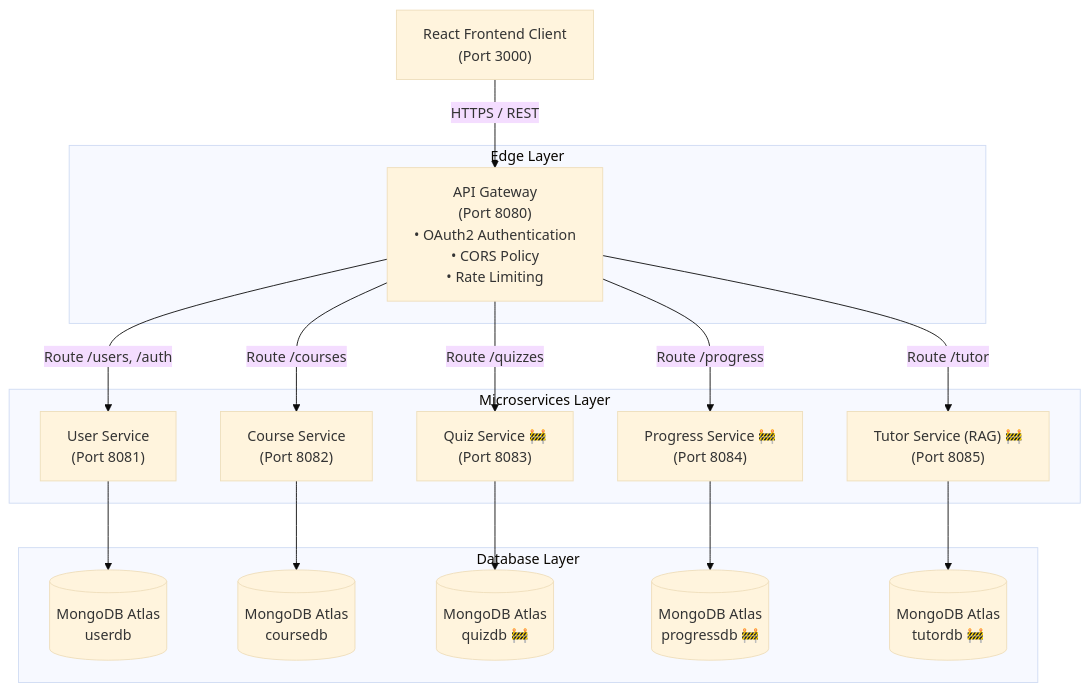
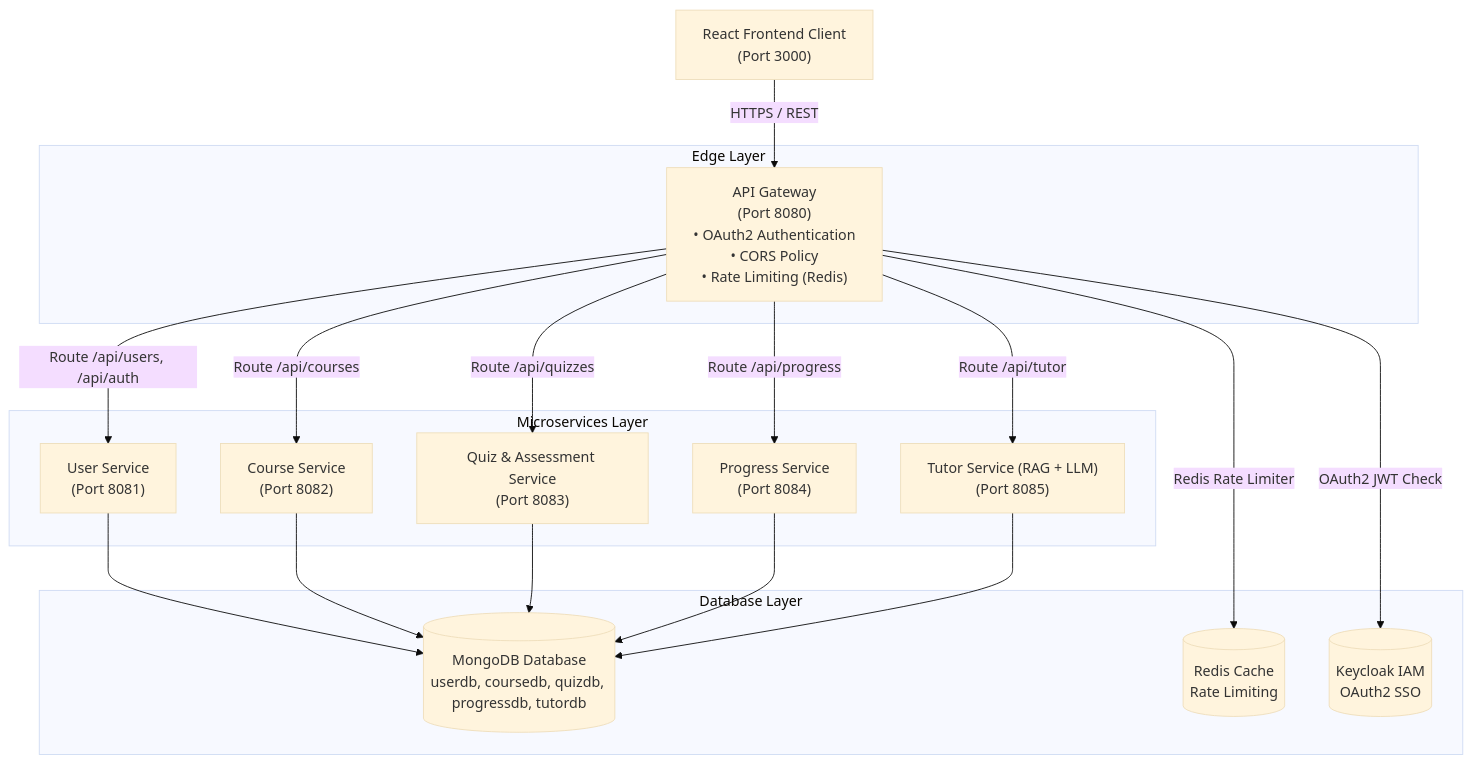
Before and after one commit to sachilz/intellitutor-platform: the diagram in README.md, drawn with Mermaid (base theme). The commit also changed other lines of this file and 38 other files, not shown here.

Commit message:
Complete microservices, RAG tutor service, instructor tools, and documentation

````diff
--- a/README.md
+++ b/README.md
@@ -30,37 +29,37 @@
 ```mermaid
 graph TD
     Client["React Frontend Client\n(Port 3000)"]
     
     subgraph Edge Layer
-        Gateway["API Gateway\n(Port 8080)\n• OAuth2 Authentication\n• CORS Policy\n• Rate Limiting"]
+        Gateway["API Gateway\n(Port 8080)\n• OAuth2 Authentication\n• CORS Policy\n• Rate Limiting (Redis)"]
     end
     
     subgraph Microservices Layer
         UserService["User Service\n(Port 8081)"]
         CourseService["Course Service\n(Port 8082)"]
-        QuizService["Quiz Service 🚧\n(Port 8083)"]
-        ProgressService["Progress Service 🚧\n(Port 8084)"]
-        TutorService["Tutor Service (RAG) 🚧\n(Port 8085)"]
+        QuizService["Quiz & Assessment Service\n(Port 8083)"]
+        ProgressService["Progress Service\n(Port 8084)"]
+        TutorService["Tutor Service (RAG + LLM)\n(Port 8085)"]
     end
     
     subgraph Database Layer
-        AtlasUserDB[(MongoDB Atlas\nuserdb)]
-        AtlasCourseDB[(MongoDB Atlas\ncoursedb)]
-        AtlasQuizDB[(MongoDB Atlas\nquizdb 🚧)]
-        AtlasProgressDB[(MongoDB Atlas\nprogressdb 🚧)]
-        AtlasTutorDB[(MongoDB Atlas\ntutordb 🚧)]
+        MongoDB[(MongoDB Database\nuserdb, coursedb, quizdb, progressdb, tutordb)]
+        Redis[(Redis Cache\nRate Limiting)]
+        Keycloak[(Keycloak IAM\nOAuth2 SSO)]
     end
 
     Client -->|HTTPS / REST| Gateway
-    Gateway -->|Route /users, /auth| UserService
-    Gateway -->|Route /courses| CourseService
-    Gateway -->|Route /quizzes| QuizService
-    Gateway -->|Route /progress| ProgressService
-    Gateway -->|Route /tutor| TutorService
+    Gateway -->|Redis Rate Limiter| Redis
+    Gateway -->|OAuth2 JWT Check| Keycloak
+    Gateway -->|Route /api/users, /api/auth| UserService
+    Gateway -->|Route /api/courses| CourseService
+    Gateway -->|Route /api/quizzes| QuizService
+    Gateway -->|Route /api/progress| ProgressService
+    Gateway -->|Route /api/tutor| TutorService
 
-    UserService --> AtlasUserDB
-    CourseService --> AtlasCourseDB
-    QuizService --> AtlasQuizDB
-    ProgressService --> AtlasProgressDB
-    TutorService --> AtlasTutorDB
+    UserService --> MongoDB
+    CourseService --> MongoDB
+    QuizService --> MongoDB
+    ProgressService --> MongoDB
+    TutorService --> MongoDB
 ```
````
